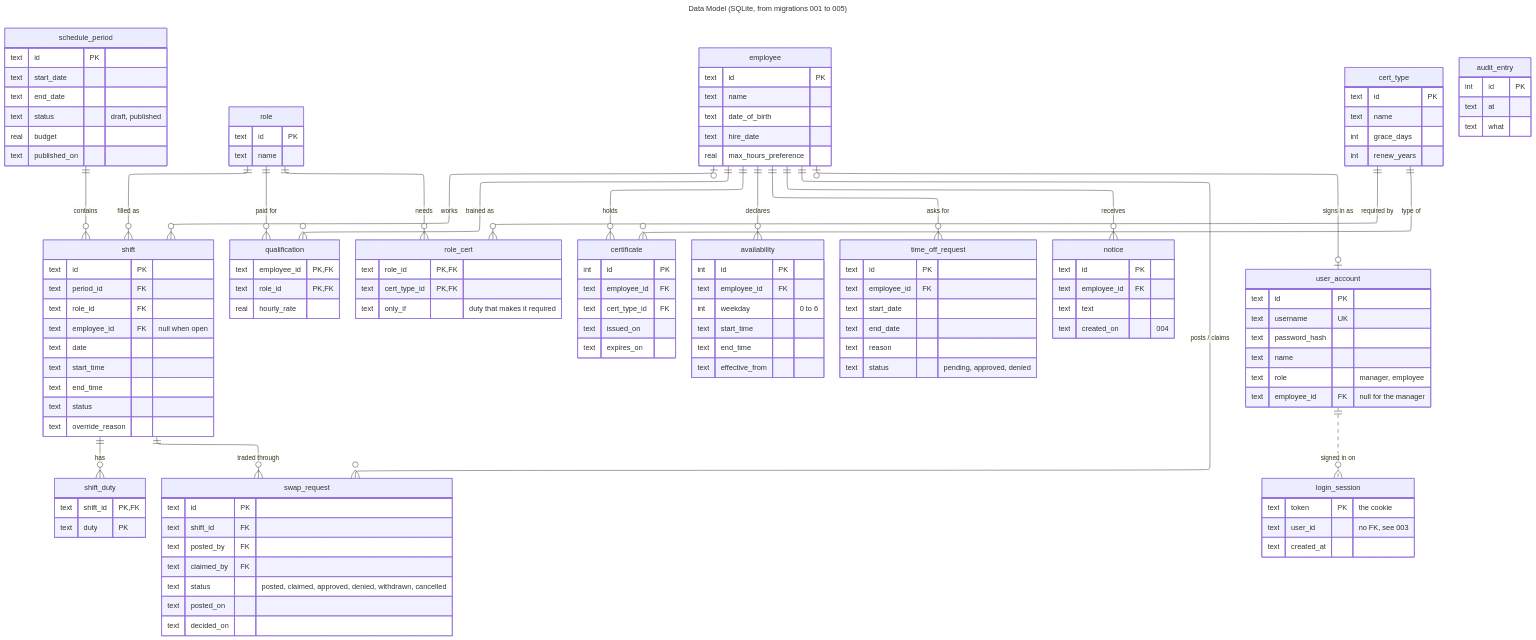
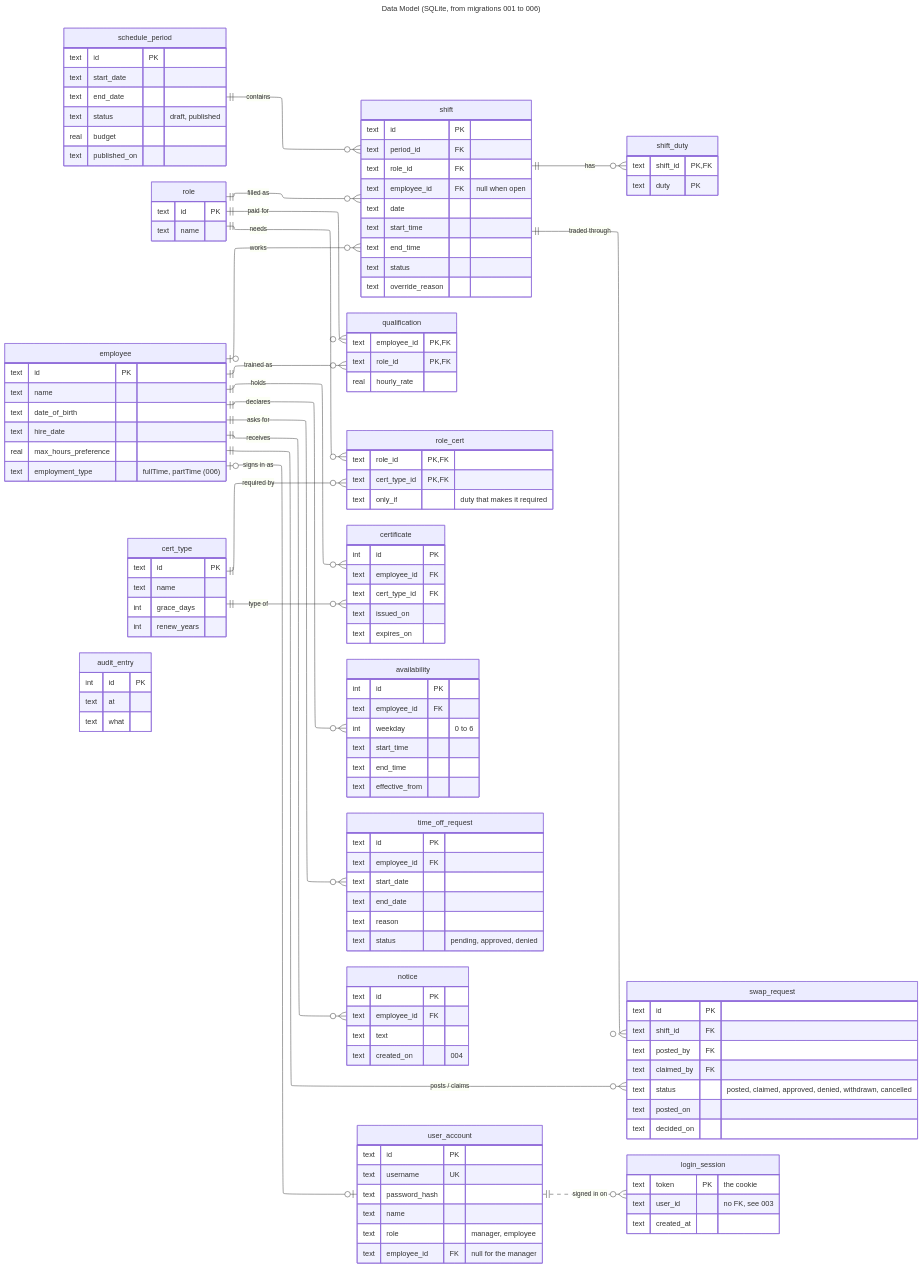
The diagram in diagrams/mmd/models/erd.mmd (perfettiful/ShiftChex), drawn with Mermaid before and after one commit. The commit also changed 66 other files, not shown here.

Commit message:
Landing page, part-time cap, swap board groups, diagram cleanup (#8)

```diff
--- a/diagrams/mmd/models/erd.mmd
+++ b/diagrams/mmd/models/erd.mmd
@@ -1,135 +1,136 @@
 ---
-title: Data Model (SQLite, from migrations 001 to 005)
+title: Data Model (SQLite, from migrations 001 to 006)
 config:
   layout: elk
 ---
 %% every table from the migrations except the small bookkeeping ones
 %% (organization, setting, id_counter, schema_migrations). audit_entry stands on
 %% its own, the observers write plain sentences to it. the dashed line
 %% has no foreign key behind it, so a demo reset doesn't sign anyone out
 erDiagram
-    direction TB
+    direction LR
     schedule_period ||--o{ shift : contains
     shift ||--o{ shift_duty : has
     shift ||--o{ swap_request : "traded through"
     role ||--o{ shift : "filled as"
     employee |o--o{ shift : works
     employee ||--o{ swap_request : "posts / claims"
     employee ||--o{ qualification : "trained as"
     role ||--o{ qualification : "paid for"
     role ||--o{ role_cert : needs
     cert_type ||--o{ role_cert : "required by"
     employee ||--o{ certificate : holds
     cert_type ||--o{ certificate : "type of"
     employee ||--o{ availability : declares
     employee ||--o{ time_off_request : "asks for"
     employee ||--o{ notice : receives
     employee |o--o| user_account : "signs in as"
     user_account ||..o{ login_session : "signed in on"
 
     employee {
         text id PK
         text name
         text date_of_birth
         text hire_date
         real max_hours_preference
+        text employment_type "fullTime, partTime (006)"
     }
     role {
         text id PK
         text name
     }
     cert_type {
         text id PK
         text name
         int grace_days
         int renew_years
     }
     role_cert {
         text role_id PK,FK
         text cert_type_id PK,FK
         text only_if "duty that makes it required"
     }
     qualification {
         text employee_id PK,FK
         text role_id PK,FK
         real hourly_rate
     }
     certificate {
         int id PK
         text employee_id FK
         text cert_type_id FK
         text issued_on
         text expires_on
     }
     availability {
         int id PK
         text employee_id FK
         int weekday "0 to 6"
         text start_time
         text end_time
         text effective_from
     }
     time_off_request {
         text id PK
         text employee_id FK
         text start_date
         text end_date
         text reason
         text status "pending, approved, denied"
     }
     schedule_period {
         text id PK
         text start_date
         text end_date
         text status "draft, published"
         real budget
         text published_on
     }
     shift {
         text id PK
         text period_id FK
         text role_id FK
         text employee_id FK "null when open"
         text date
         text start_time
         text end_time
         text status
         text override_reason
     }
     shift_duty {
         text shift_id PK,FK
         text duty PK
     }
     swap_request {
         text id PK
         text shift_id FK
         text posted_by FK
         text claimed_by FK
         text status "posted, claimed, approved, denied, withdrawn, cancelled"
         text posted_on
         text decided_on
     }
     notice {
         text id PK
         text employee_id FK
         text text
         text created_on "004"
     }
     user_account {
         text id PK
         text username UK
         text password_hash
         text name
         text role "manager, employee"
         text employee_id FK "null for the manager"
     }
     audit_entry {
         int id PK
         text at
         text what
     }
     login_session {
         text token PK "the cookie"
         text user_id "no FK, see 003"
         text created_at
     }
```
